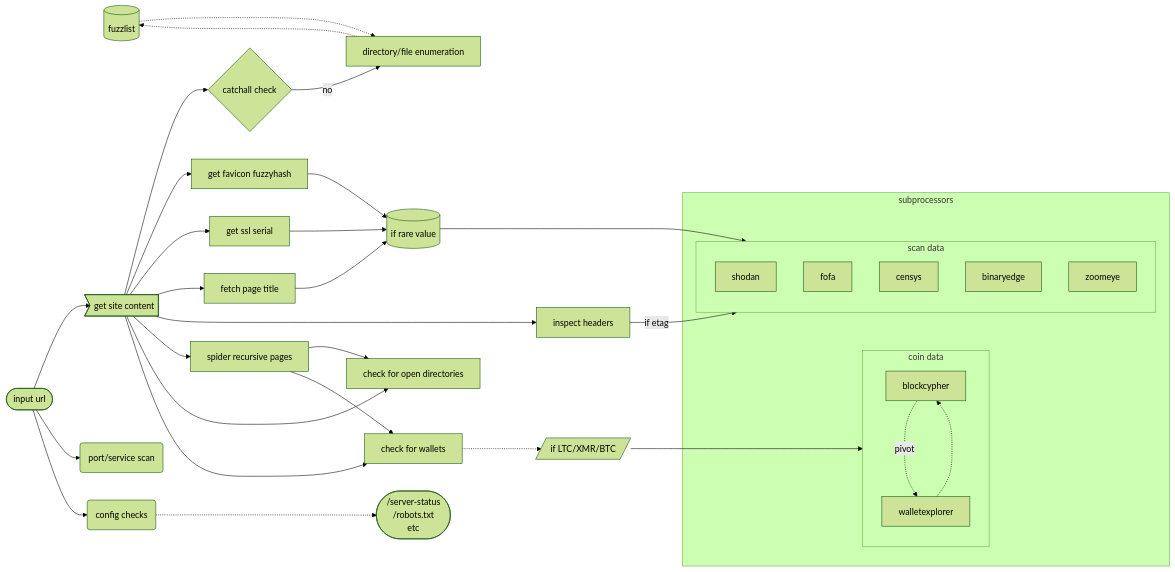
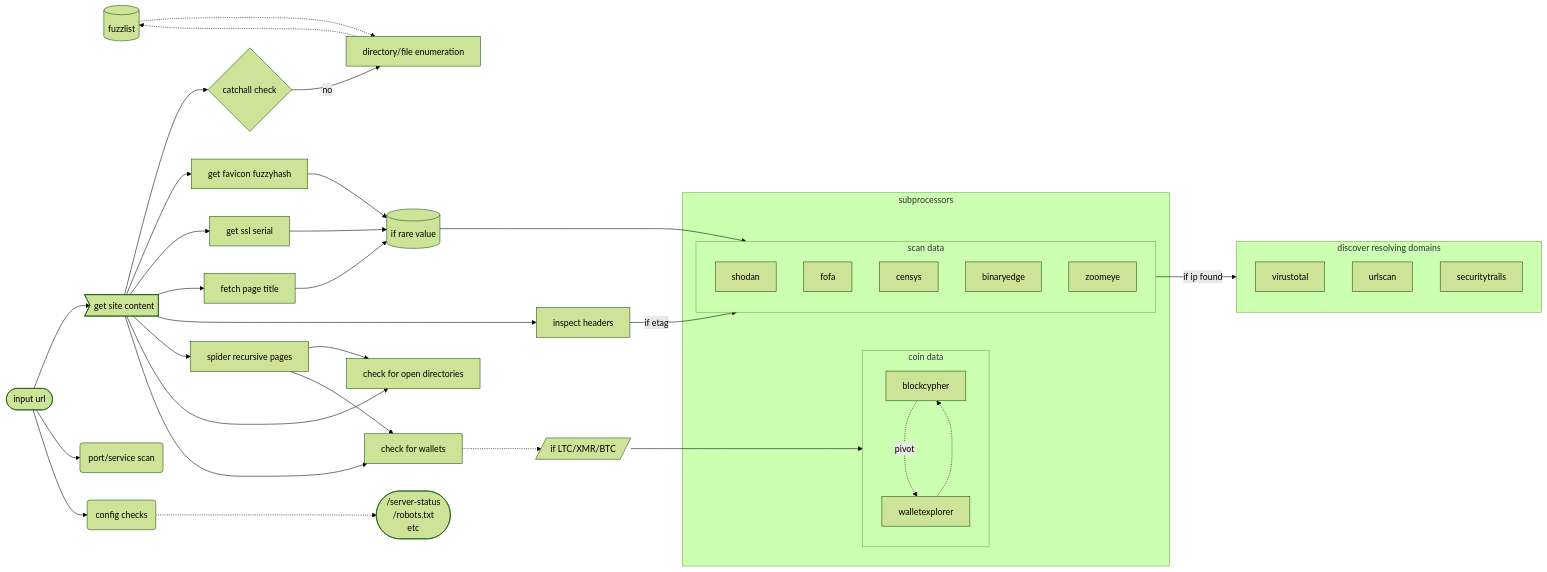
The diagram in README.md (joshhighet/bebop), drawn with Mermaid (forest theme) before and after one commit. The commit also changed other lines of this file, not shown here.

````diff
--- a/README.md
+++ b/README.md
@@ -9,48 +7,53 @@
 ```mermaid
 graph LR
     subgraph subprocessors
         subgraph cryptocurrency[coin data]
         blockcypher
         walletexplorer
         blockcypher -..-> |pivot|walletexplorer
         walletexplorer -..-> blockcypher
         end
         subgraph netscans[scan data]
         shodan
         fofa
         censys
         binaryedge
         zoomeye
         end
     end
+    subgraph domain[discover resolving domains]
+        virustotal
+        urlscan
+        securitytrails
+    end
+    netscans --> |if ip found|domain
     lookupsaver[(if rare value)]
     fuzzlist[(fuzzlist)]
     opndir[check for open directories]
     cryptoc[check for wallets]
     checks([/server-status\n/robots.txt\netc])
     anchor([input url]) -->mainget>get site content]
     mainget --> catchallchk{catchall check}
     catchallchk -- no --> fuzz[directory/file enumeration]
     fuzz -..-> fuzzlist
     fuzzlist -..-> fuzz
     anchor --> scan(port/service scan)
     anchor --> checker(config checks)
     checker -..-> checks
     mainget --> favicon[get favicon fuzzyhash]
     mainget --> sslserial[get ssl serial]
     sslserial --> lookupsaver
     favicon --> lookupsaver
     mainget --> title[fetch page title]
     title --> lookupsaver
     mainget --> headers[inspect headers]
     headers --> |if etag|netscans
     lookupsaver --> netscans
     mainget --> spider[spider recursive pages]
     mainget --> opndir
     spider --> opndir
     mainget --> cryptoc
     spider --> cryptoc
     cryptoc -..-> ifsupportedcoin[/if LTC/XMR/BTC/]
     ifsupportedcoin --> cryptocurrency
-
 ```
````
